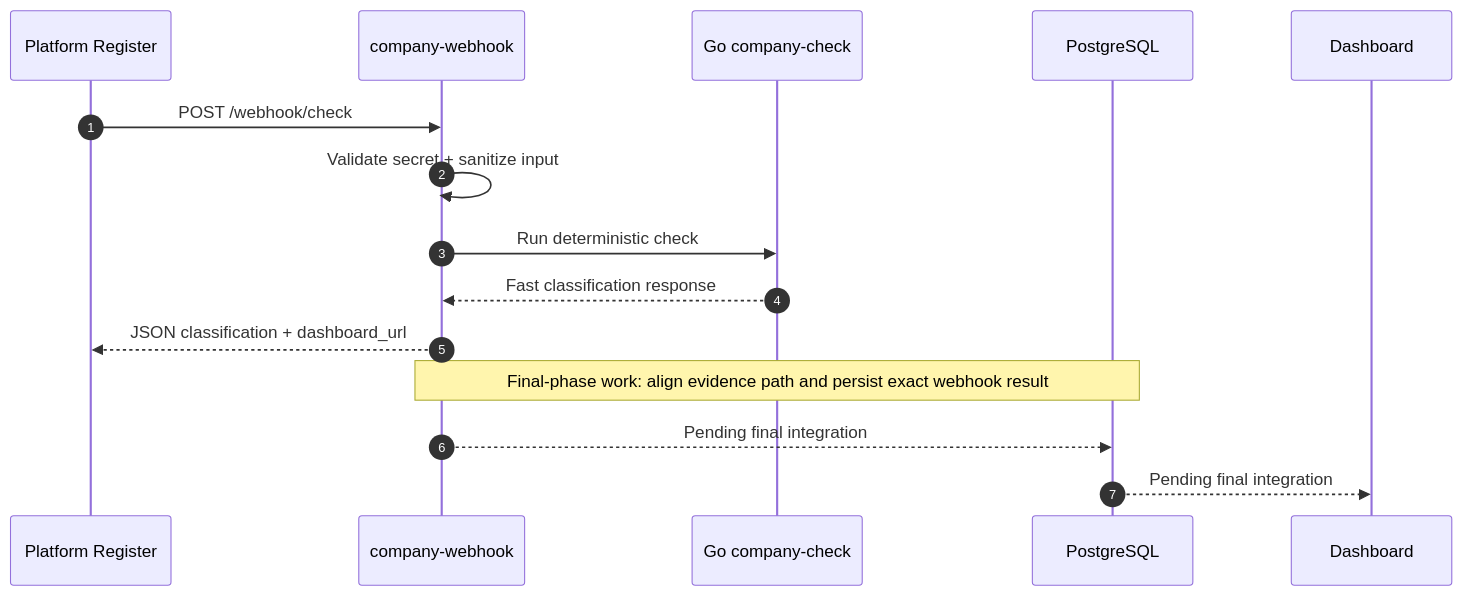
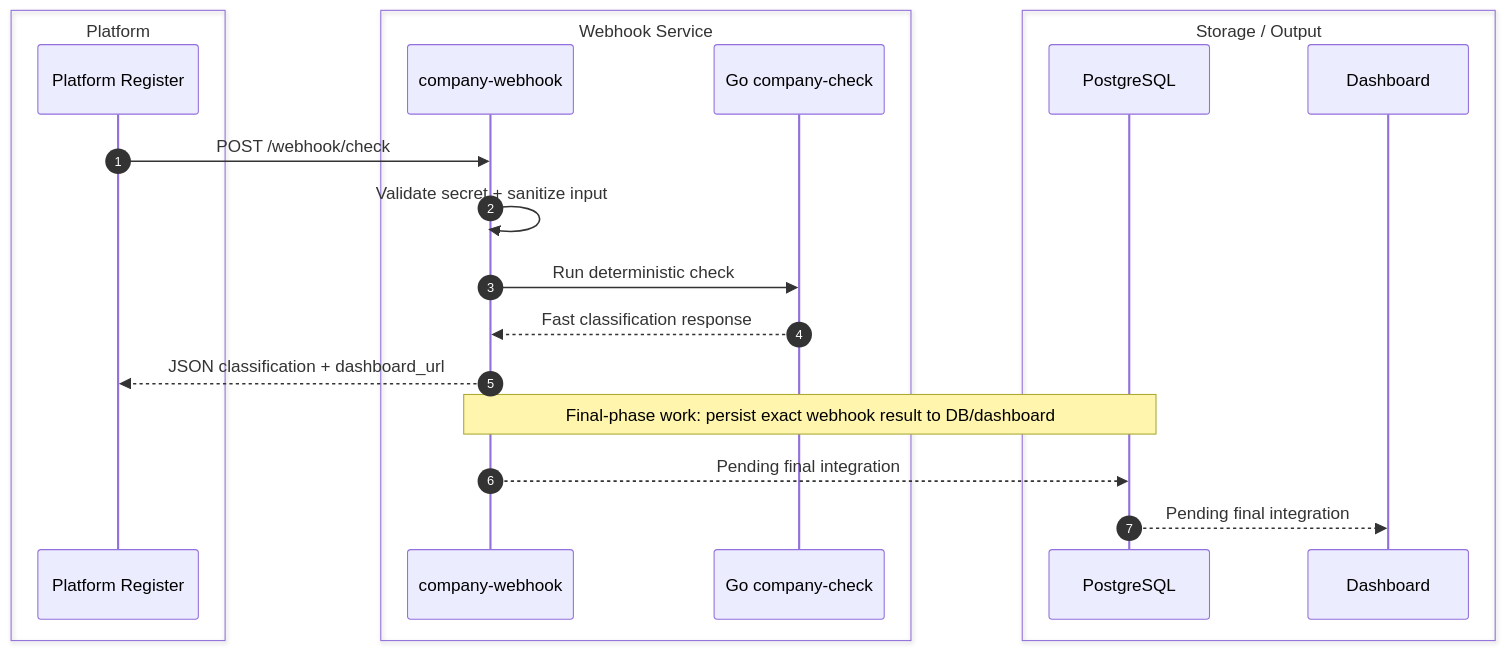
The sixth of 6 diagrams in docs/technical/FLOW_MAP.md (nunutech40/company-detector-bot), drawn with Mermaid before and after one commit. The commit also changed other lines of this file, not shown here.

Commit message:
clarify flow actor boundaries

````diff
--- a/docs/technical/FLOW_MAP.md
+++ b/docs/technical/FLOW_MAP.md
@@ -304,19 +330,27 @@
 ```mermaid
 sequenceDiagram
   autonumber
-  participant Platform as Platform Register
-  participant Webhook as company-webhook
-  participant Go as Go company-check
-  participant DB as PostgreSQL
-  participant Dashboard as Dashboard
+  box Platform
+    participant Platform as Platform Register
+  end
+
+  box Webhook Service
+    participant Webhook as company-webhook
+    participant Go as Go company-check
+  end
+
+  box Storage / Output
+    participant DB as PostgreSQL
+    participant Dashboard as Dashboard
+  end
 
   Platform->>Webhook: POST /webhook/check
   Webhook->>Webhook: Validate secret + sanitize input
   Webhook->>Go: Run deterministic check
   Go-->>Webhook: Fast classification response
   Webhook-->>Platform: JSON classification + dashboard_url
 
-  Note over Webhook,DB: Final-phase work: align evidence path and persist exact webhook result
+  Note over Webhook,DB: Final-phase work: persist exact webhook result to DB/dashboard
   Webhook-->>DB: Pending final integration
   DB-->>Dashboard: Pending final integration
 ```
````
